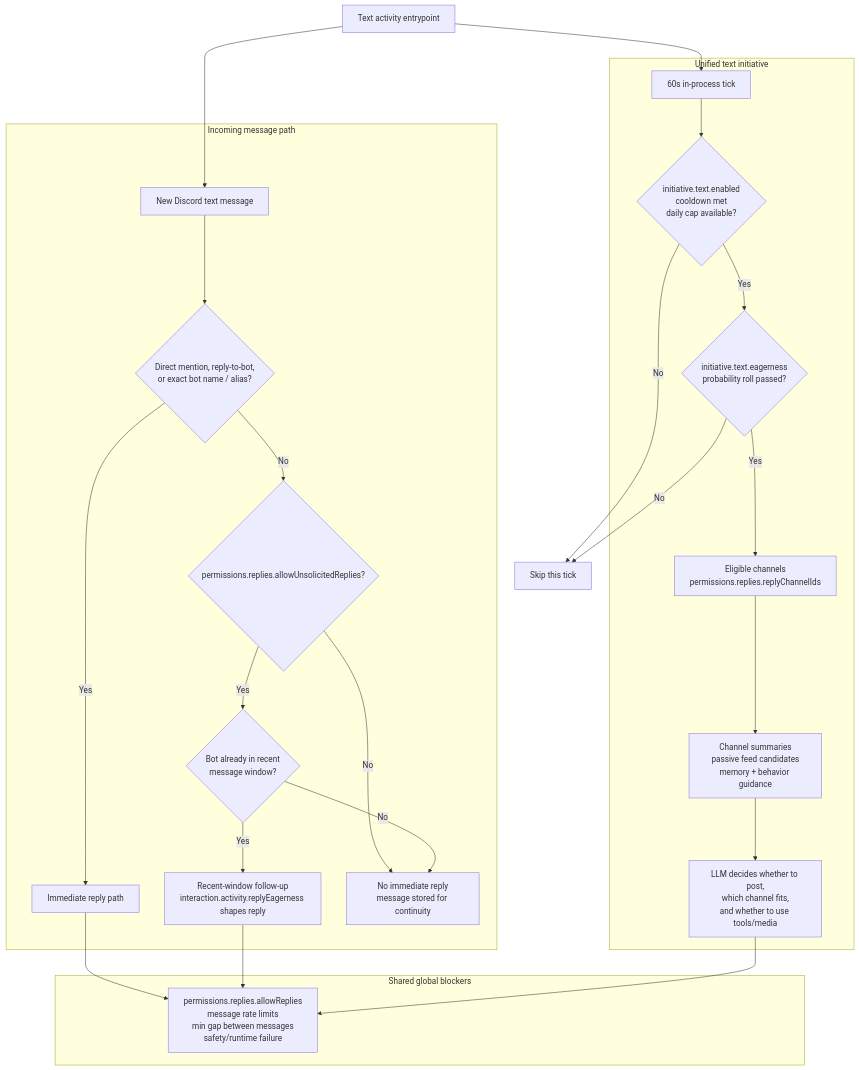
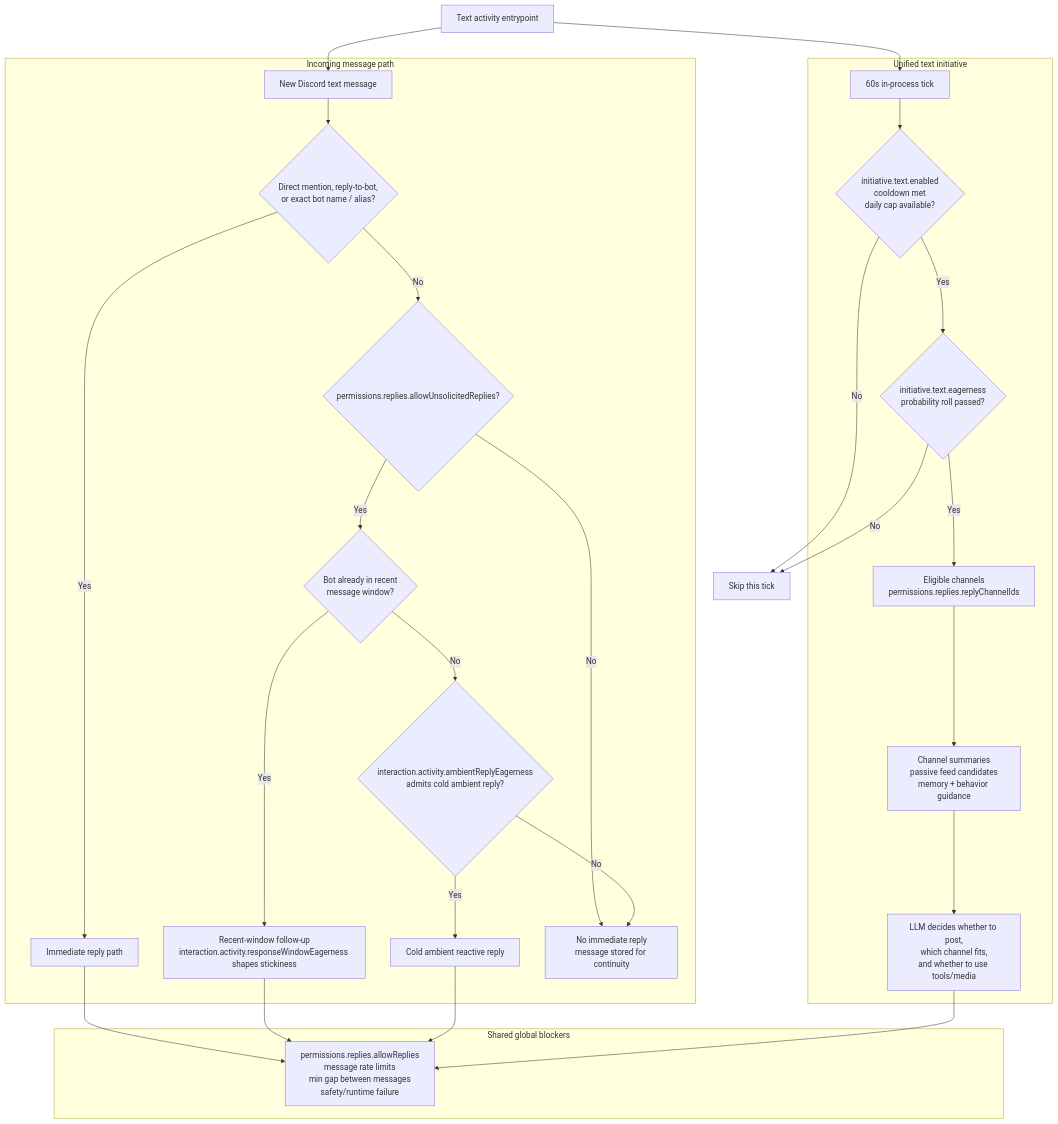
The diagram in docs/diagrams/clanker-activity.mmd (Volpestyle/clanker_conk), drawn with Mermaid before and after one commit. The commit also changed 35 other files, not shown here.

```diff
--- a/docs/diagrams/clanker-activity.mmd
+++ b/docs/diagrams/clanker-activity.mmd
@@ -1,48 +1,53 @@
 flowchart TD
     Start["Text activity entrypoint"]
 
     subgraph Incoming["Incoming message path"]
         Msg["New Discord text message"]
         Direct{"Direct mention, reply-to-bot,\nor exact bot name / alias?"}
         DirectPath["Immediate reply path"]
         Unsolicited{"permissions.replies.allowUnsolicitedReplies?"}
         RecentWindow{"Bot already in recent\nmessage window?"}
-        RecentPath["Recent-window follow-up\ninteraction.activity.replyEagerness shapes reply"]
+        RecentPath["Recent-window follow-up\ninteraction.activity.responseWindowEagerness shapes stickiness"]
+        AmbientGate{"interaction.activity.ambientReplyEagerness\nadmits cold ambient reply?"}
+        AmbientPath["Cold ambient reactive reply"]
         NoImmediate["No immediate reply\nmessage stored for continuity"]
     end
 
     subgraph Initiative["Unified text initiative"]
         Tick["60s in-process tick"]
         InitEnabled{"initiative.text.enabled\ncooldown met\ndaily cap available?"}
         EagerRoll{"initiative.text.eagerness\nprobability roll passed?"}
         ChannelPool["Eligible channels\npermissions.replies.replyChannelIds"]
         Context["Channel summaries\npassive feed candidates\nmemory + behavior guidance"]
         InitDecision["LLM decides whether to post,\nwhich channel fits,\nand whether to use tools/media"]
     end
 
     subgraph Shared["Shared global blockers"]
         Guardrails["permissions.replies.allowReplies\nmessage rate limits\nmin gap between messages\nsafety/runtime failure"]
     end
 
     Start --> Msg
     Start --> Tick
 
     Msg --> Direct
     Direct -->|Yes| DirectPath
     Direct -->|No| Unsolicited
     Unsolicited -->|No| NoImmediate
     Unsolicited -->|Yes| RecentWindow
     RecentWindow -->|Yes| RecentPath
-    RecentWindow -->|No| NoImmediate
+    RecentWindow -->|No| AmbientGate
+    AmbientGate -->|Yes| AmbientPath
+    AmbientGate -->|No| NoImmediate
 
     Tick --> InitEnabled
     InitEnabled -->|No| NoInit["Skip this tick"]
     InitEnabled -->|Yes| EagerRoll
     EagerRoll -->|No| NoInit
     EagerRoll -->|Yes| ChannelPool
     ChannelPool --> Context
     Context --> InitDecision
 
     DirectPath --> Guardrails
     RecentPath --> Guardrails
+    AmbientPath --> Guardrails
     InitDecision --> Guardrails
```
